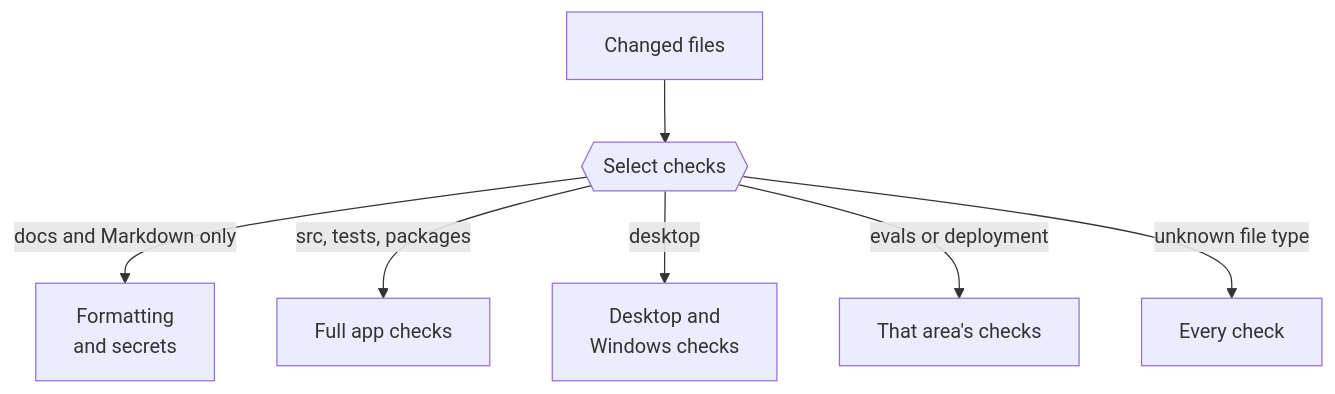
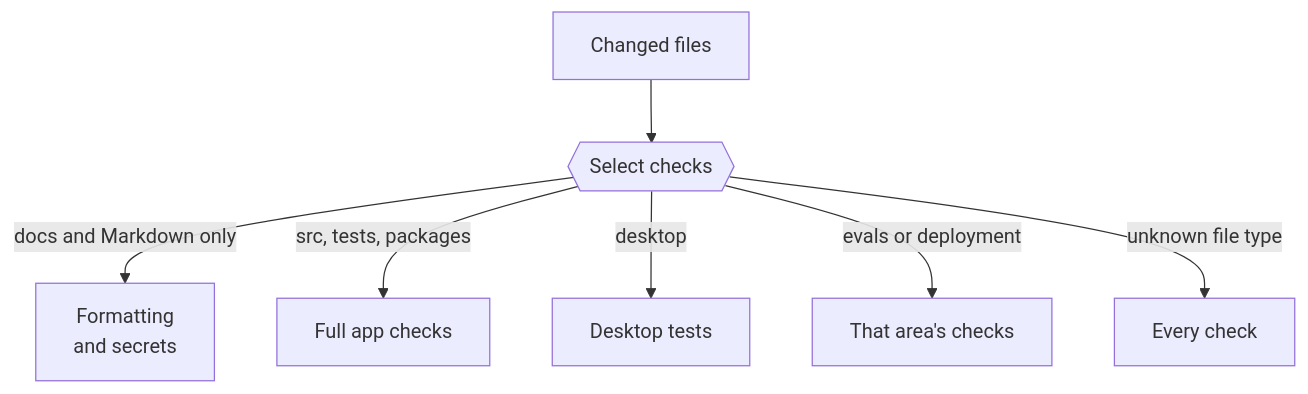
One commit to KrishBhimani/nod changed the second of 2 diagrams in docs/src/content/docs/contribute/checks-and-tests.md. Above: the diagram before and after it, drawn with Mermaid. The commit also changed other lines of this file and 6 other files, not shown here.

````diff
--- a/docs/src/content/docs/contribute/checks-and-tests.md
+++ b/docs/src/content/docs/contribute/checks-and-tests.md
@@ -101,9 +101,9 @@
 ```mermaid
 flowchart TD
   files[Changed files] --> scope{{Select checks}}:::accent
   scope -- docs and Markdown only --> light[Formatting<br/>and secrets]:::muted
   scope -- src, tests, packages --> core[Full app checks]:::go
-  scope -- desktop --> desk[Desktop and<br/>Windows checks]
+  scope -- desktop --> desk[Desktop tests]
   scope -- evals or deployment --> area[That area's checks]
   scope -- unknown file type --> all[Every check]:::go
 ```
````
